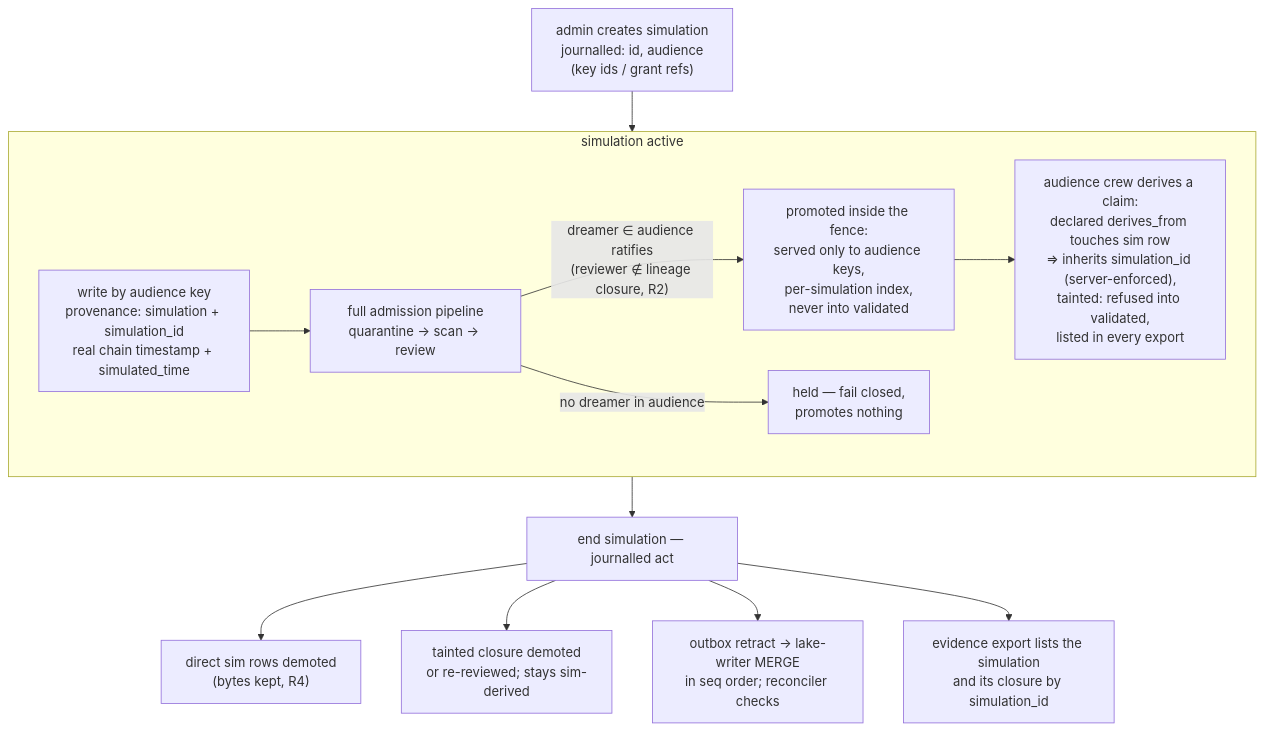
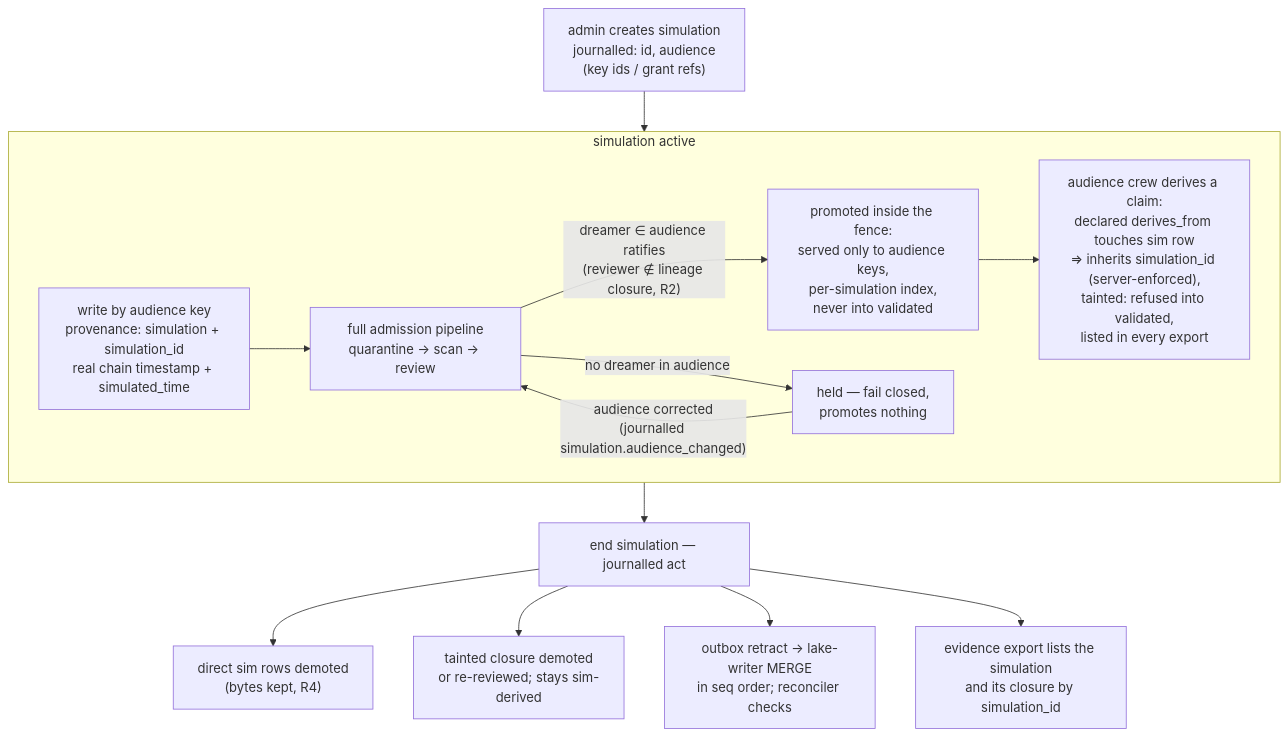
Before and after one commit to e8kor/open-memory-lab: the diagram in docs/architecture/simulations.md, drawn with Mermaid. The commit also changed other lines of this file and 37 other files, not shown here.

````diff
--- a/docs/architecture/simulations.md
+++ b/docs/architecture/simulations.md
@@ -204,18 +228,19 @@
 ```mermaid
 flowchart TB
     C["admin creates simulation<br/>journalled: id, audience<br/>(key ids / grant refs)"] --> A
 
     subgraph A["simulation active"]
         W["write by audience key<br/>provenance: simulation + simulation_id<br/>real chain timestamp + simulated_time"]
         W --> P["full admission pipeline<br/>quarantine → scan → review"]
         P -- "dreamer ∈ audience ratifies<br/>(reviewer ∉ lineage closure, R2)" --> S["promoted inside the fence:<br/>served only to audience keys,<br/>per-simulation index,<br/>never into validated"]
         P -- "no dreamer in audience" --> H["held — fail closed,<br/>promotes nothing"]
+        H -- "audience corrected<br/>(journalled simulation.audience_changed)" --> P
         S --> T["audience crew derives a claim:<br/>declared derives_from touches sim row<br/>⇒ inherits simulation_id (server-enforced),<br/>tainted: refused into validated,<br/>listed in every export"]
     end
 
     A --> E["end simulation — journalled act"]
     E --> D1["direct sim rows demoted<br/>(bytes kept, R4)"]
     E --> D2["tainted closure demoted<br/>or re-reviewed; stays sim-derived"]
     E --> L["outbox retract → lake-writer MERGE<br/>in seq order; reconciler checks"]
     E --> X["evidence export lists the simulation<br/>and its closure by simulation_id"]
 ```
````
